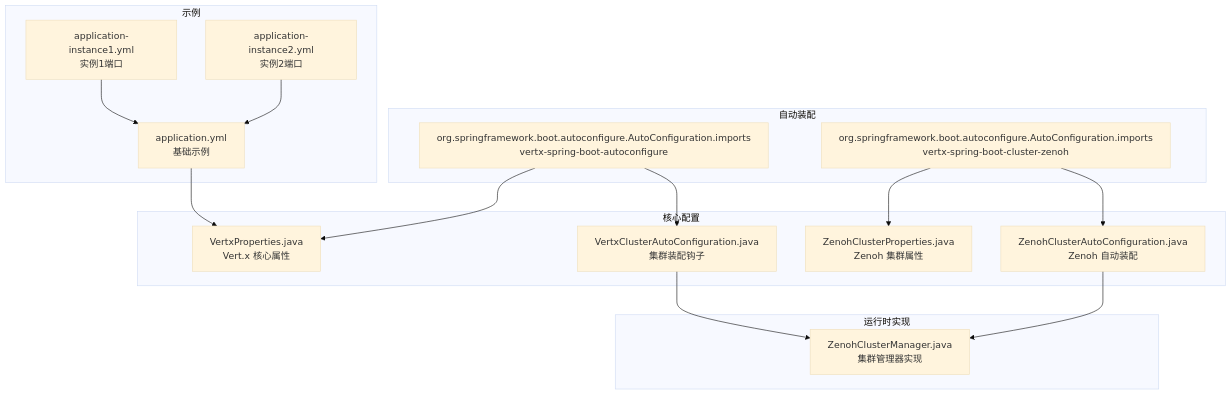
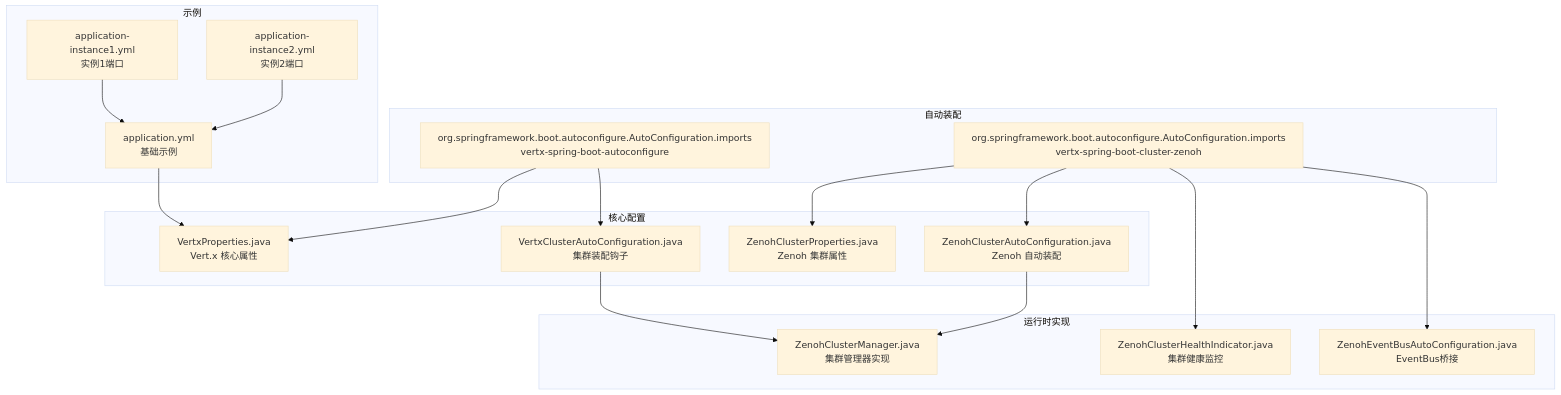
Before and after one commit to ossworker/vertx-starter: the first of 4 diagrams in .qoder/repowiki/zh/content/集群管理模块/集群配置详解.md, drawn with Mermaid (base theme). The commit also changed other lines of this file and 7 other files, not shown here.

````diff
--- a/.qoder/repowiki/zh/content/集群管理模块/集群配置详解.md
+++ b/.qoder/repowiki/zh/content/集群管理模块/集群配置详解.md
@@ -38,30 +52,34 @@
 ```mermaid
 graph TB
 subgraph "自动装配"
 A1["org.springframework.boot.autoconfigure.AutoConfiguration.imports<br/>vertx-spring-boot-autoconfigure"]
 A2["org.springframework.boot.autoconfigure.AutoConfiguration.imports<br/>vertx-spring-boot-cluster-zenoh"]
 end
 subgraph "核心配置"
 P1["VertxProperties.java<br/>Vert.x 核心属性"]
 P2["VertxClusterAutoConfiguration.java<br/>集群装配钩子"]
 C1["ZenohClusterProperties.java<br/>Zenoh 集群属性"]
 C2["ZenohClusterAutoConfiguration.java<br/>Zenoh 自动装配"]
 end
 subgraph "运行时实现"
 R1["ZenohClusterManager.java<br/>集群管理器实现"]
+R2["ZenohClusterHealthIndicator.java<br/>集群健康监控"]
+R3["ZenohEventBusAutoConfiguration.java<br/>EventBus桥接"]
 end
 subgraph "示例"
 E1["application.yml<br/>基础示例"]
 E2["application-instance1.yml<br/>实例1端口"]
 E3["application-instance2.yml<br/>实例2端口"]
 end
 A1 --> P1
 A1 --> P2
 A2 --> C1
 A2 --> C2
+A2 --> R2
+A2 --> R3
 P2 --> R1
 C2 --> R1
 E1 --> P1
 E2 --> E1
 E3 --> E1
 ```
````
